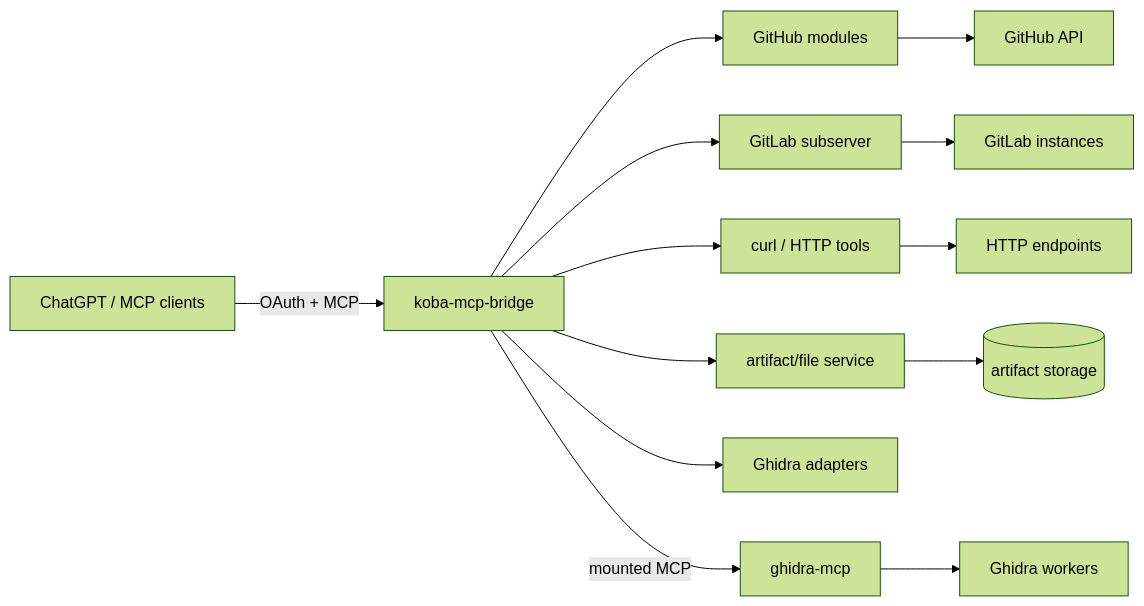
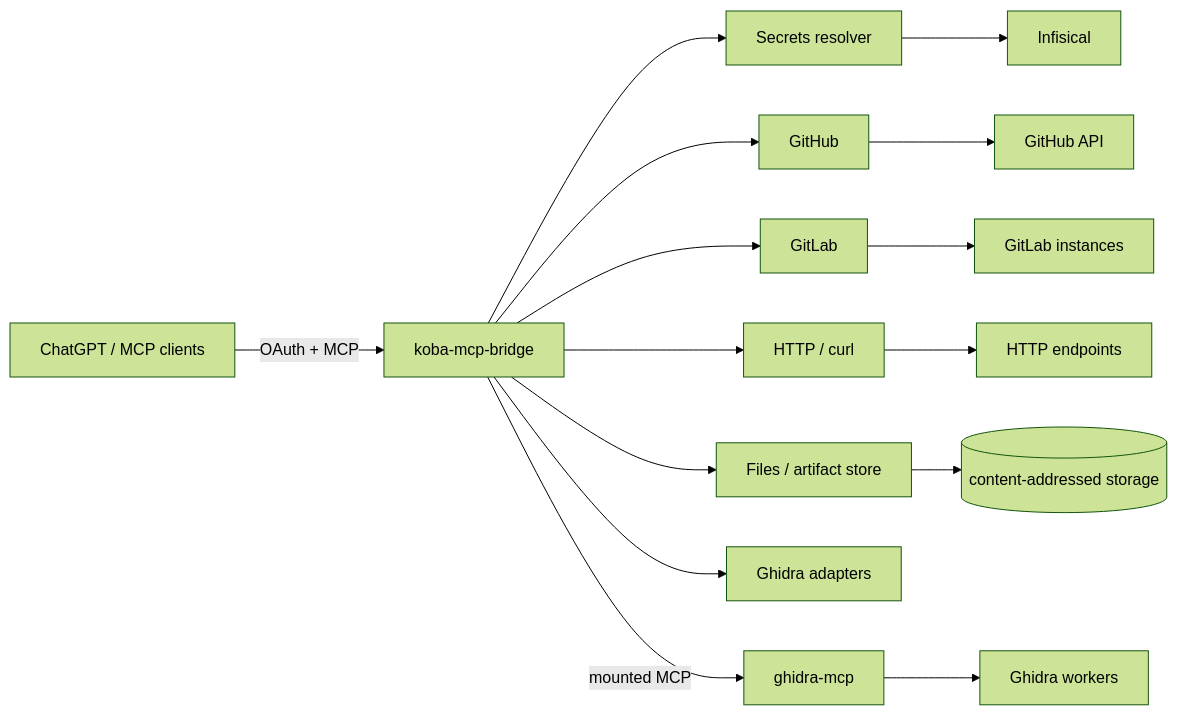
The first of 2 diagrams in docs/architecture/overview.md (ArthurKoba/koba-mcp-bridge), drawn with Mermaid (forest theme) before and after one commit. The commit also changed other lines of this file, not shown here.

Commit message:
docs: focus architecture on current platform scope

````diff
--- a/docs/architecture/overview.md
+++ b/docs/architecture/overview.md
@@ -7,17 +16,20 @@
 ```mermaid
 flowchart LR
     C[ChatGPT / MCP clients] -->|OAuth + MCP| B[koba-mcp-bridge]
 
-    B --> GH[GitHub modules]
-    B --> GL[GitLab subserver]
-    B --> HTTP[curl / HTTP tools]
-    B --> FILES[artifact/file service]
+    B --> S[Secrets resolver]
+    S --> I[Infisical]
+
+    B --> GH[GitHub]
+    B --> GL[GitLab]
+    B --> HTTP[HTTP / curl]
+    B --> F[Files / artifact store]
     B --> GA[Ghidra adapters]
-    B -->|mounted MCP| GHMCP[ghidra-mcp]
+    B -->|mounted MCP| GM[ghidra-mcp]
 
     GH --> GitHub[GitHub API]
     GL --> GitLab[GitLab instances]
     HTTP --> Internet[HTTP endpoints]
-    FILES --> Store[(artifact storage)]
-    GHMCP --> Ghidra[Ghidra workers]
+    F --> Store[(content-addressed storage)]
+    GM --> Ghidra[Ghidra workers]
 ```
````
